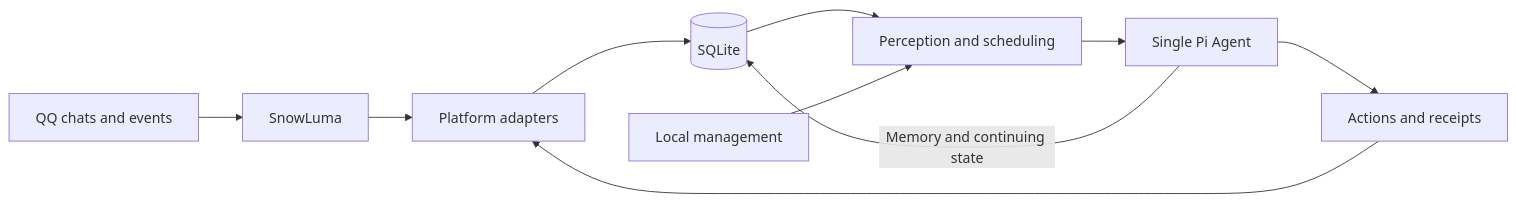
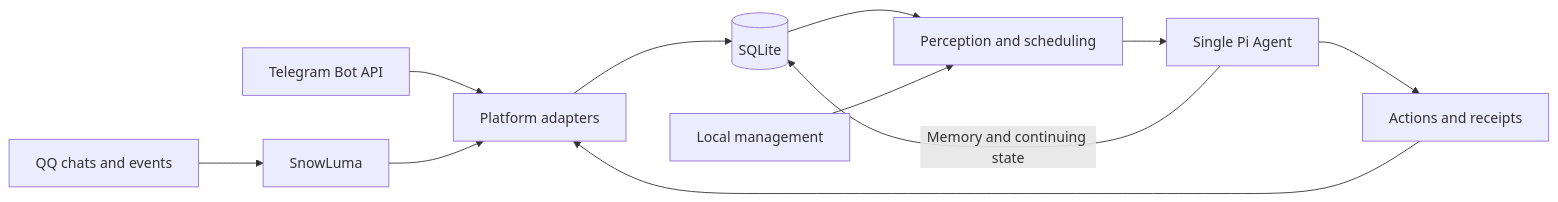
The diagram in README.md (dixiatielu/Qiuyue-Digital-Life), drawn with Mermaid before and after one commit. The commit also changed other lines of this file and 16 other files, not shown here.

````diff
--- a/README.md
+++ b/README.md
@@ -112,12 +112,13 @@
 ```mermaid
 flowchart LR
   QQ[QQ chats and events] --> SL[SnowLuma]
-  SL --> AP[Platform adapters]
+  TG[Telegram Bot API] --> AP[Platform adapters]
+  SL --> AP
   AP --> DB[(SQLite)]
   DB --> RT[Perception and scheduling]
   RT --> PI[Single Pi Agent]
   PI -->|Memory and continuing state| DB
   PI --> Tools[Actions and receipts]
   Tools --> AP
   CLI[Local management] --> RT
 ```
````
